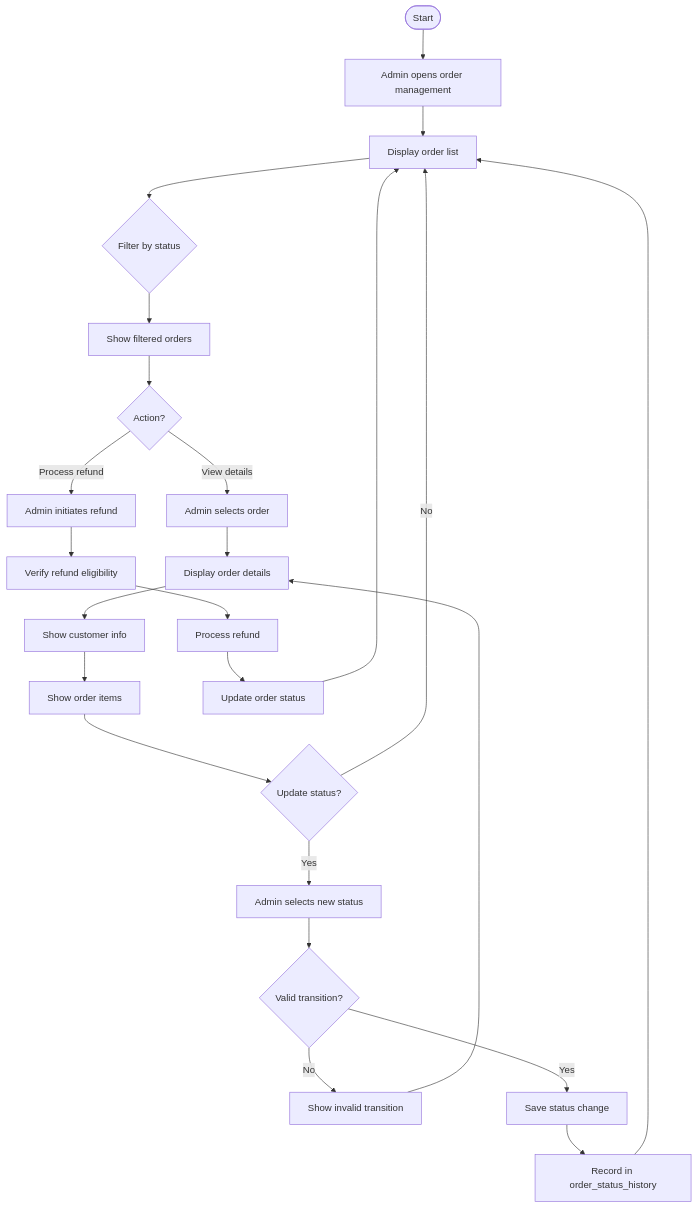
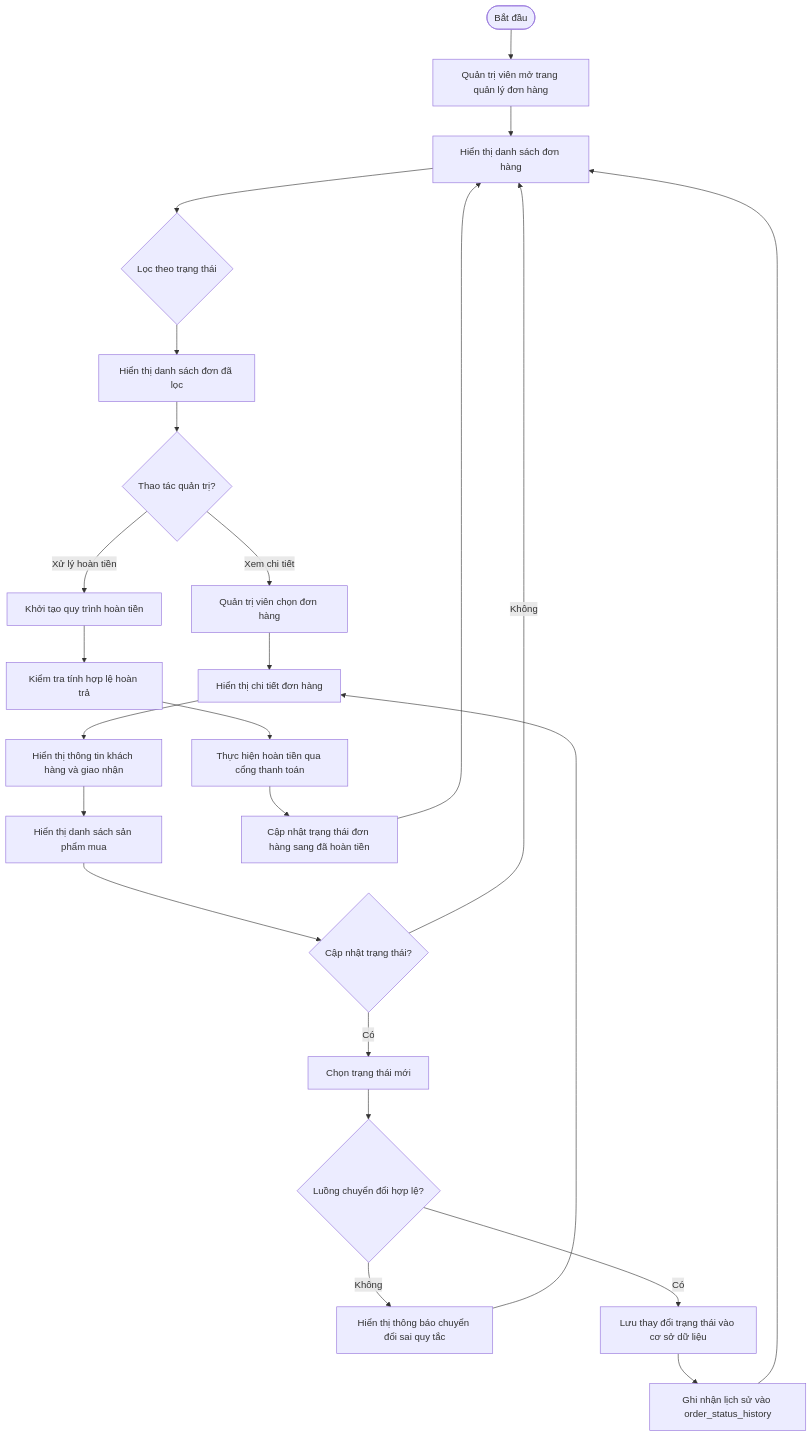
Before and after one commit to DanhTrannn/TLCN: diagram 16 of 57 in docs/design-analysis/OOSAD_ANALYSIS.md, drawn with Mermaid. The commit also changed other lines of this file, not shown here.

````diff
--- a/docs/design-analysis/OOSAD_ANALYSIS.md
+++ b/docs/design-analysis/OOSAD_ANALYSIS.md
@@ -1056,28 +1058,28 @@
 ```mermaid
 flowchart TD
-    Start([Start]) --> A[Admin opens order management]
-    A --> B[Display order list]
-    B --> C{Filter by status}
-    C --> D[Show filtered orders]
-    D --> E{Action?}
+    Start([Bắt đầu]) --> A[Quản trị viên mở trang quản lý đơn hàng]
+    A --> B[Hiển thị danh sách đơn hàng]
+    B --> C{Lọc theo trạng thái}
+    C --> D[Hiển thị danh sách đơn đã lọc]
+    D --> E{Thao tác quản trị?}
     
-    E -->|View details| F[Admin selects order]
-    F --> G[Display order details]
-    G --> H[Show customer info]
-    H --> I[Show order items]
-    I --> J{Update status?}
-    J -->|Yes| K[Admin selects new status]
-    K --> L{Valid transition?}
-    L -->|No| M[Show invalid transition]
+    E -->|Xem chi tiết| F[Quản trị viên chọn đơn hàng]
+    F --> G[Hiển thị chi tiết đơn hàng]
+    G --> H[Hiển thị thông tin khách hàng và giao nhận]
+    H --> I[Hiển thị danh sách sản phẩm mua]
+    I --> J{Cập nhật trạng thái?}
+    J -->|Có| K[Chọn trạng thái mới]
+    K --> L{Luồng chuyển đổi hợp lệ?}
+    L -->|Không| M[Hiển thị thông báo chuyển đổi sai quy tắc]
     M --> G
-    L -->|Yes| N[Save status change]
-    N --> O[Record in order_status_history]
+    L -->|Có| N[Lưu thay đổi trạng thái vào cơ sở dữ liệu]
+    N --> O[Ghi nhận lịch sử vào order_status_history]
     O --> B
-    J -->|No| B
+    J -->|Không| B
     
-    E -->|Process refund| P[Admin initiates refund]
-    P --> Q[Verify refund eligibility]
-    Q --> R[Process refund]
-    R --> S[Update order status]
+    E -->|Xử lý hoàn tiền| P[Khởi tạo quy trình hoàn tiền]
+    P --> Q[Kiểm tra tính hợp lệ hoàn trả]
+    Q --> R[Thực hiện hoàn tiền qua cổng thanh toán]
+    R --> S[Cập nhật trạng thái đơn hàng sang đã hoàn tiền]
     S --> B
 ```
````
